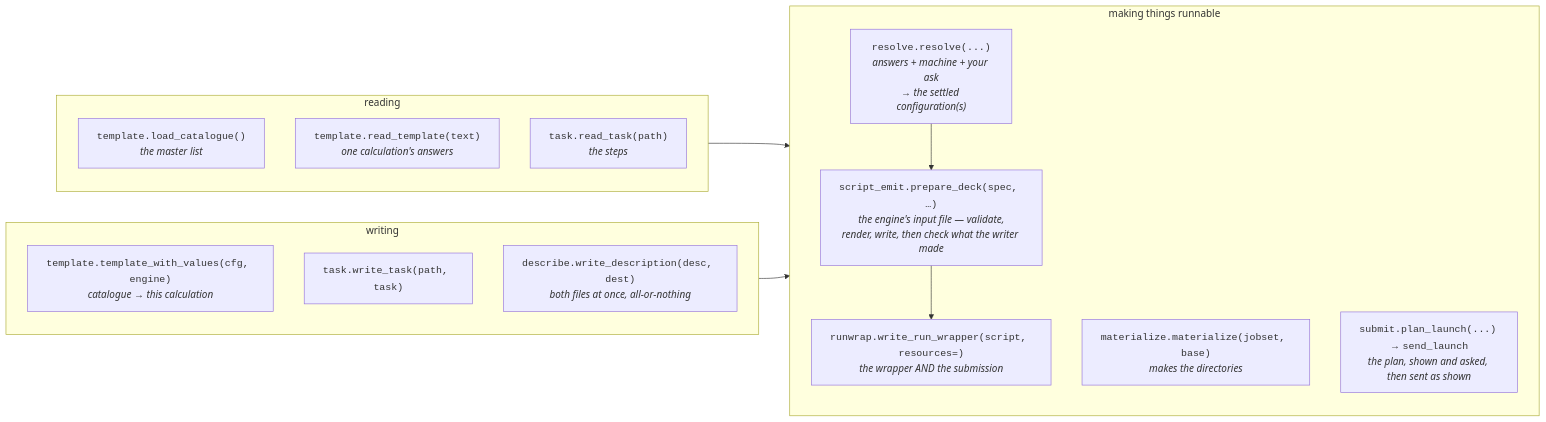
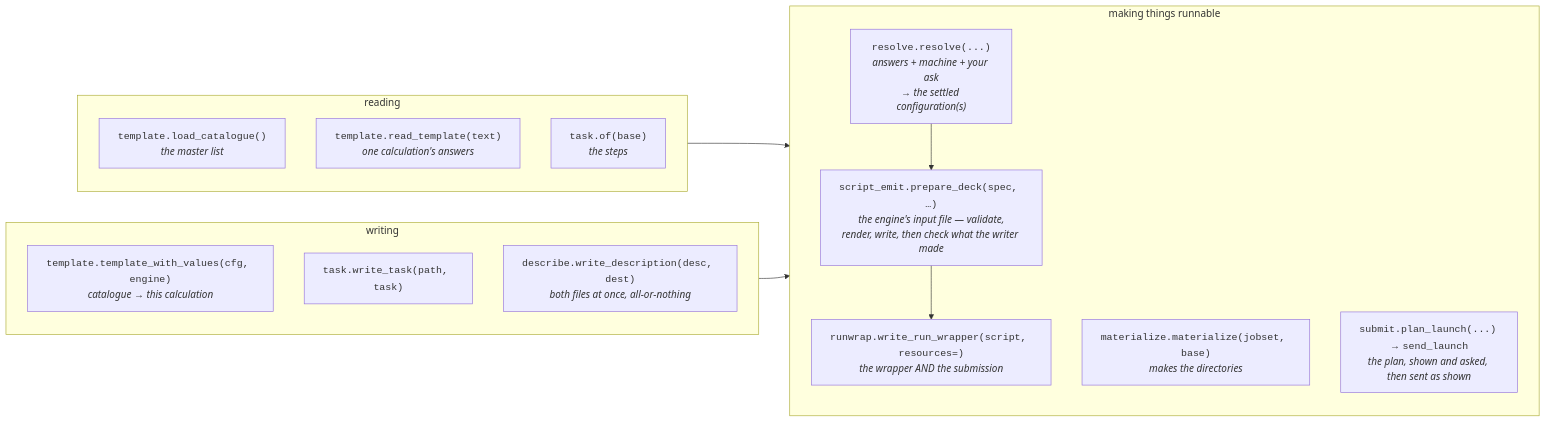
The second of 4 diagrams in docs/workflow.md (Qing-LAB/molbuilder), drawn with Mermaid before and after one commit. The commit also changed 74 other files, not shown here.

````diff
--- a/docs/workflow.md
+++ b/docs/workflow.md
@@ -216,23 +216,23 @@
 ```mermaid
 flowchart LR
     subgraph READ["reading"]
       A["<code>template.load_catalogue()</code><br/><i>the master list</i>"]
       B["<code>template.read_template(text)</code><br/><i>one calculation's answers</i>"]
-      C["<code>task.read_task(path)</code><br/><i>the steps</i>"]
+      C["<code>task.of(base)</code><br/><i>the steps</i>"]
     end
     subgraph WRITE["writing"]
       D["<code>template.template_with_values(cfg, engine)</code><br/><i>catalogue → this calculation</i>"]
       E["<code>task.write_task(path, task)</code>"]
       F["<code>describe.write_description(desc, dest)</code><br/><i>both files at once, all-or-nothing</i>"]
     end
     subgraph MAKE["making things runnable"]
       G["<code>resolve.resolve(...)</code><br/><i>answers + machine + your ask<br/>→ the settled configuration(s)</i>"]
       K["<code>script_emit.prepare_deck(spec, …)</code><br/><i>the engine's input file — validate,<br/>render, write, then check what the writer made</i>"]
       H["<code>runwrap.write_run_wrapper(script, resources=)</code><br/><i>the wrapper AND the submission</i>"]
       I["<code>materialize.materialize(jobset, base)</code><br/><i>makes the directories</i>"]
       J["<code>submit.plan_launch(...)</code> → <code>send_launch</code><br/><i>the plan, shown and asked, then sent as shown</i>"]
     end
     READ --> MAKE
     WRITE --> MAKE
     G --> K --> H
 ```
````
